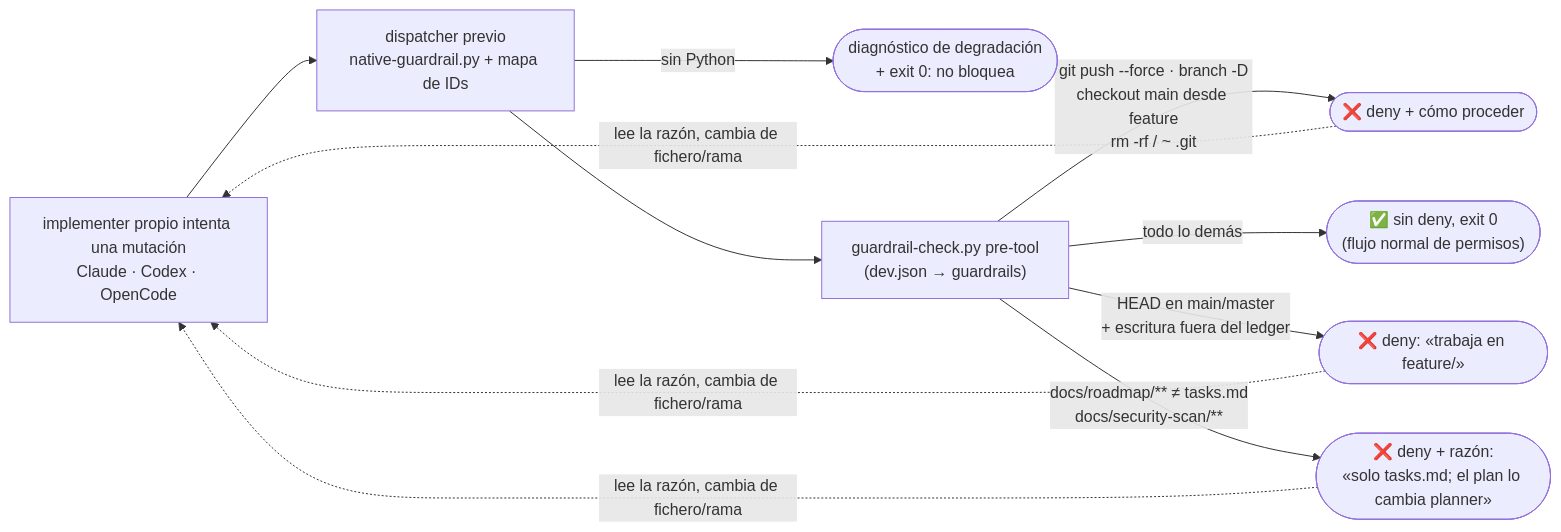
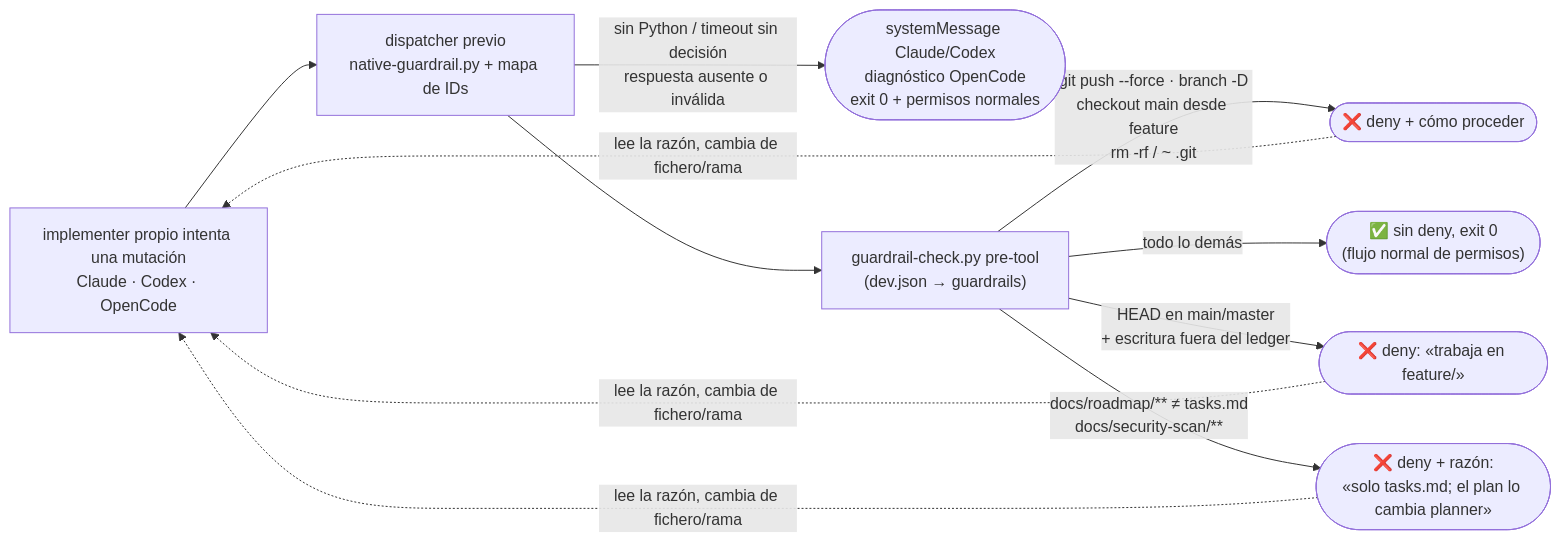
Before and after one commit to daycry/custom-agents: diagram 12 of 16 in docs/FLOWS.md, drawn with Mermaid. The commit also changed other lines of this file and 12 other files, not shown here.

````diff
--- a/docs/FLOWS.md
+++ b/docs/FLOWS.md
@@ -374,11 +377,11 @@
 ```mermaid
 flowchart LR
     T["implementer propio intenta una mutación<br/>Claude · Codex · OpenCode"] --> W["dispatcher previo<br/>native-guardrail.py + mapa de IDs"]
-    W -->|"sin Python"| M(["diagnóstico de degradación<br/>+ exit 0: no bloquea"])
+    W -->|"sin Python / timeout sin decisión<br/>respuesta ausente o inválida"| M(["systemMessage Claude/Codex<br/>diagnóstico OpenCode<br/>exit 0 + permisos normales"])
     W --> G["guardrail-check.py pre-tool<br/>(dev.json → guardrails)"]
     G -->|"docs/roadmap/** ≠ tasks.md<br/>docs/security-scan/**"| D(["❌ deny + razón:<br/>«solo tasks.md; el plan lo cambia planner»"])
     G -->|"HEAD en main/master<br/>+ escritura fuera del ledger"| D2(["❌ deny: «trabaja en feature/<slug>»"])
     G -->|"git push --force · branch -D<br/>checkout main desde feature<br/>rm -rf / ~ .git"| D3(["❌ deny + cómo proceder"])
     G -->|"todo lo demás"| A(["✅ sin deny, exit 0<br/>(flujo normal de permisos)"])
     D & D2 & D3 -.->|"lee la razón, cambia de fichero/rama"| T
 ```
````
